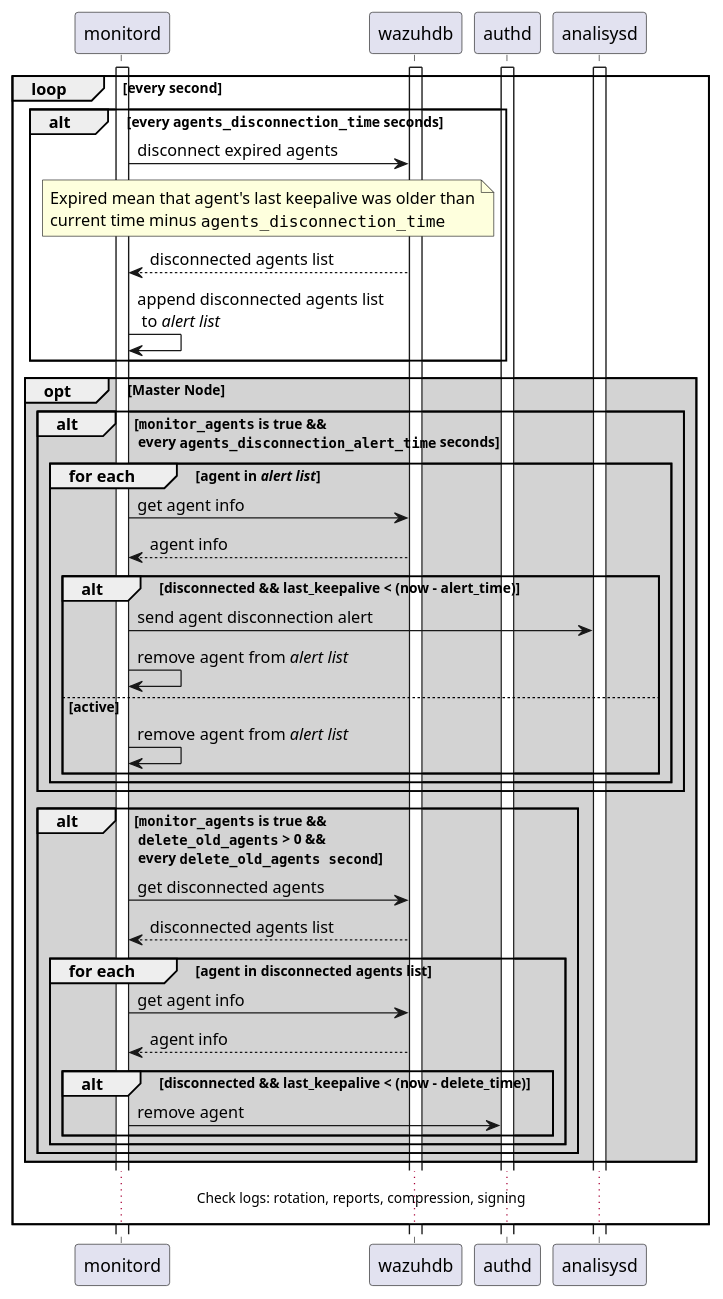
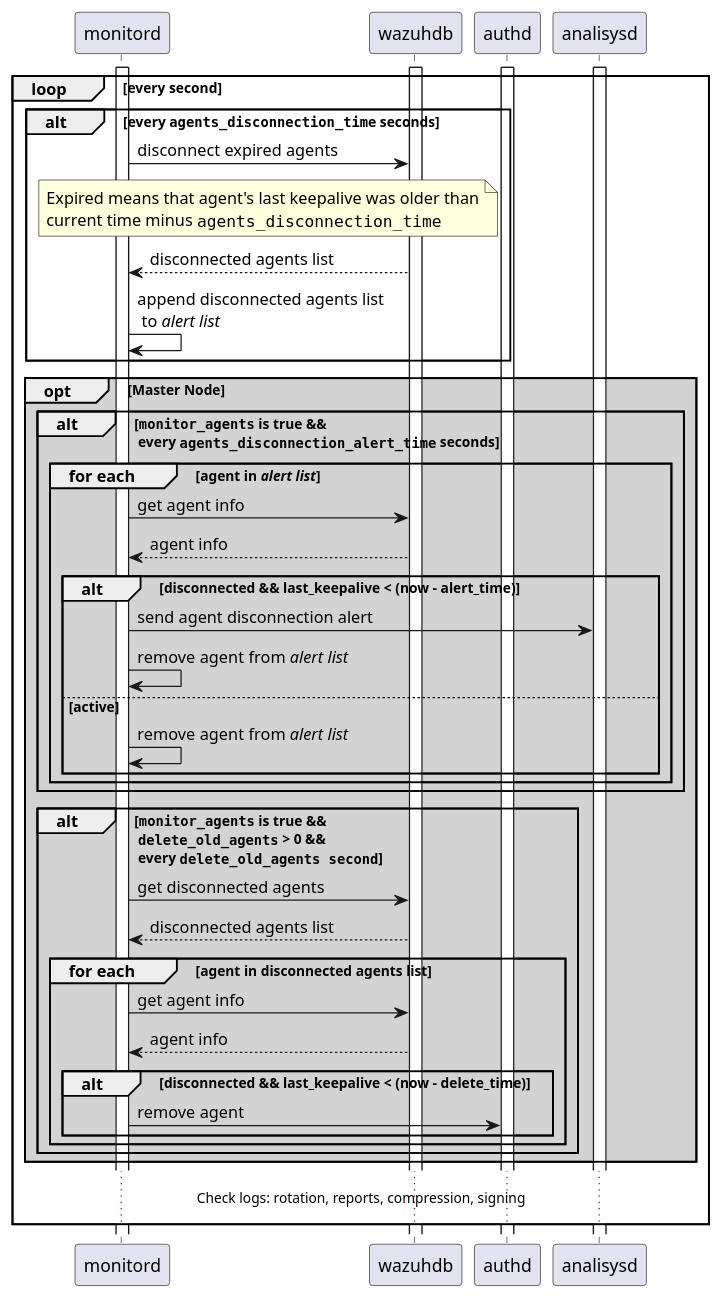
Before and after one commit to wazuh/wazuh: the diagram in architecture/agent_disconnection_handling/001-sequence.puml, drawn with PlantUML.

```diff
--- a/architecture/agent_disconnection_handling/001-sequence.puml
+++ b/architecture/agent_disconnection_handling/001-sequence.puml
@@ -5,57 +5,57 @@
 @startuml agent-disconnection-handling
 
 participant monitord 
 participant wazuhdb
 participant authd
 participant analisysd
 
 monitord ++
 wazuhdb ++
 authd ++
 analisysd ++
 
 loop every second
 
     alt every ""agents_disconnection_time"" seconds
         monitord -> wazuhdb : disconnect expired agents
         note over monitord, wazuhdb
-            Expired mean that agent's last keepalive was older than
+            Expired means that agent's last keepalive was older than
             current time minus ""agents_disconnection_time""
         end note
         monitord <-- wazuhdb : disconnected agents list
         monitord -> monitord : append disconnected agents list \n to //alert list//
     end
 
     opt #LightGrey Master Node
 
         alt ""monitor_agents"" is true && \n every ""agents_disconnection_alert_time"" seconds
             group for each [agent in //alert list//]
                     monitord -> wazuhdb : get agent info
                     monitord <-- wazuhdb : agent info
                     alt disconnected && last_keepalive < (now - alert_time) 
                         monitord -> analisysd : send agent disconnection alert
                         monitord -> monitord : remove agent from //alert list//
                     else active
                         monitord -> monitord : remove agent from //alert list//
                     end
             end
         end
 
         alt ""monitor_agents"" is true && \n ""delete_old_agents"" > 0 && \n every ""delete_old_agents second""
             monitord -> wazuhdb : get disconnected agents
             monitord <-- wazuhdb : disconnected agents list
             group for each [agent in disconnected agents list]
                     monitord -> wazuhdb : get agent info
                     monitord <-- wazuhdb : agent info
                     alt disconnected && last_keepalive < (now - delete_time) 
                         monitord -> authd : remove agent
                     end
             end
         end
     end
 
     ... Check logs: rotation, reports, compression, signing ...
 
 end
 
 @enduml
```
